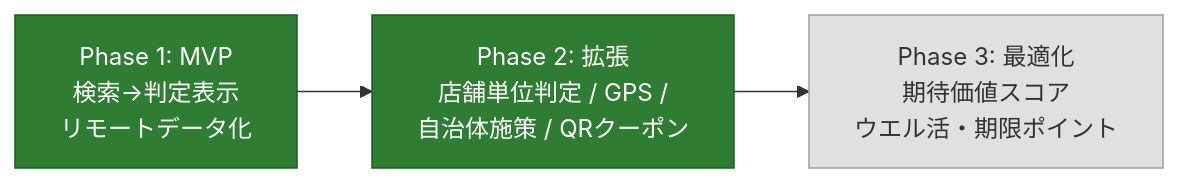
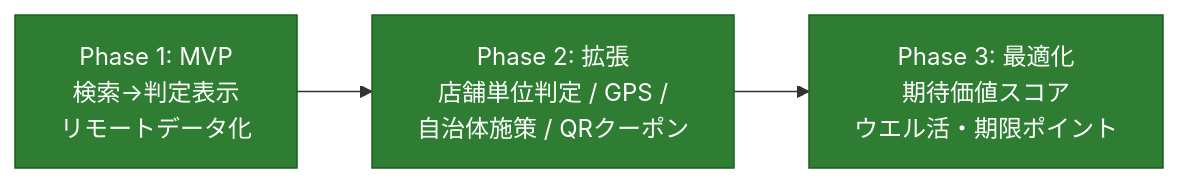
One commit to ktakjm/poikatsu changed the diagram in docs/roadmap.md. Above: the diagram before and after it, drawn with Mermaid. The commit also changed other lines of this file and 25 other files, not shown here.

````diff
--- a/docs/roadmap.md
+++ b/docs/roadmap.md
@@ -12,8 +12,8 @@
 ```mermaid
 flowchart LR
     P1["Phase 1: MVP<br/>検索→判定表示<br/>リモートデータ化"] --> P2["Phase 2: 拡張<br/>店舗単位判定 / GPS /<br/>自治体施策 / QRクーポン"] --> P3["Phase 3: 最適化<br/>期待価値スコア<br/>ウエル活・期限ポイント"]
 
     style P1 fill:#2E7D32,stroke:#1B5E20,color:#fff
     style P2 fill:#2E7D32,stroke:#1B5E20,color:#fff
-    style P3 fill:#E0E0E0,stroke:#9E9E9E,color:#333
+    style P3 fill:#2E7D32,stroke:#1B5E20,color:#fff
 ```
````
